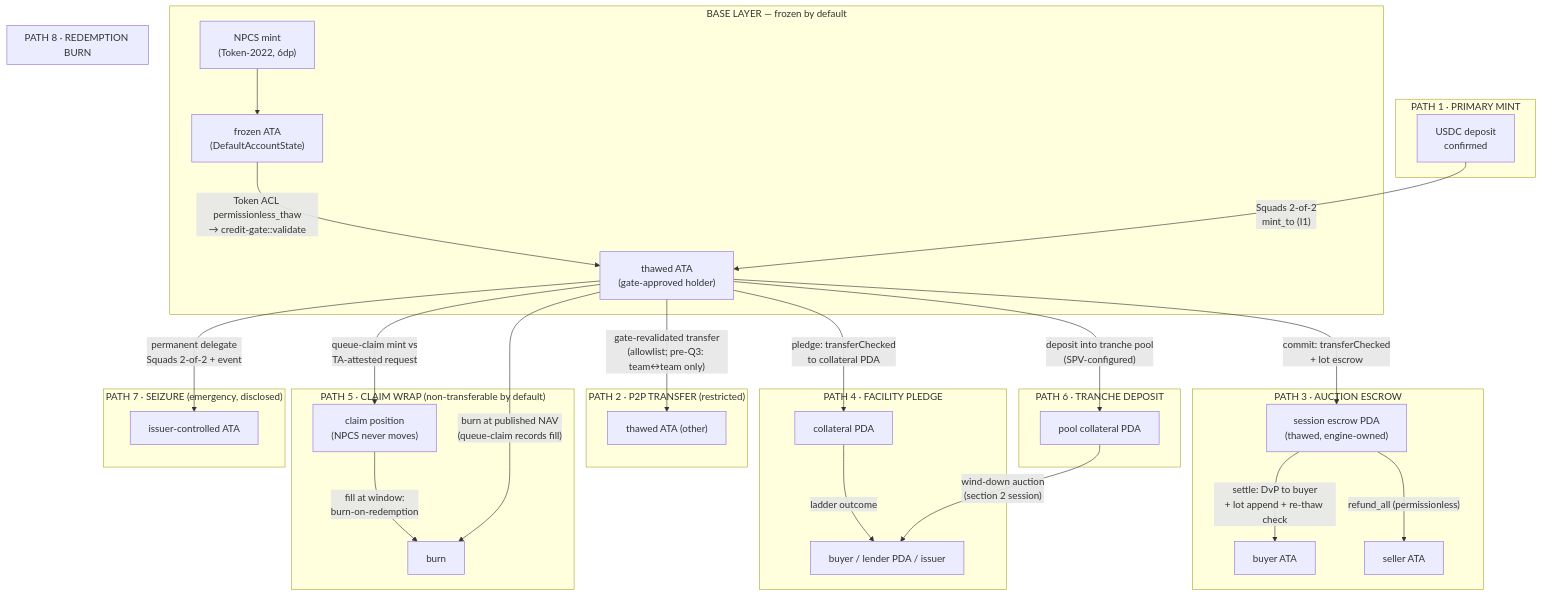
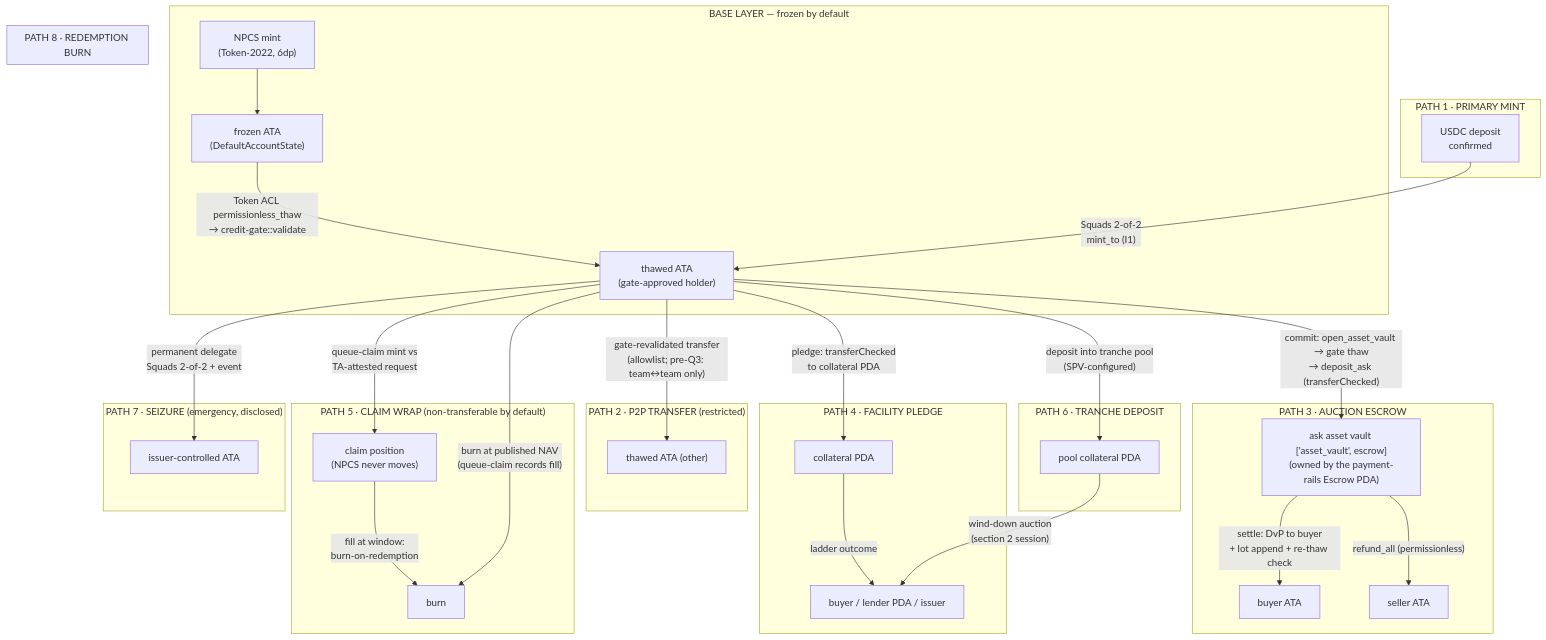
The first of 2 diagrams in preresearch/architecture/09-NPCS-Asset-Spec.md (Srizdebnath/nundina), drawn with Mermaid before and after one commit. The commit also changed other lines of this file and 7 other files, not shown here.

````diff
--- a/preresearch/architecture/09-NPCS-Asset-Spec.md
+++ b/preresearch/architecture/09-NPCS-Asset-Spec.md
@@ -110,47 +112,47 @@
 ```mermaid
 flowchart TB
     subgraph BASE["BASE LAYER — frozen by default"]
         MINT["NPCS mint<br/>(Token-2022, 6dp)"]
         FROZEN["frozen ATA<br/>(DefaultAccountState)"]
         THAWED["thawed ATA<br/>(gate-approved holder)"]
         MINT --> FROZEN
         FROZEN -->|"Token ACL permissionless_thaw<br/>→ credit-gate::validate"| THAWED
     end
 
     subgraph P1["PATH 1 · PRIMARY MINT"]
         DEP["USDC deposit<br/>confirmed"] -->|"Squads 2-of-2<br/>mint_to (I1)"| THAWED
     end
 
     subgraph P2["PATH 2 · P2P TRANSFER (restricted)"]
         THAWED -->|"gate-revalidated transfer<br/>(allowlist; pre-Q3: team↔team only)"| THAWED2["thawed ATA (other)"]
     end
 
     subgraph P3["PATH 3 · AUCTION ESCROW"]
-        THAWED -->|"commit: transferChecked<br/>+ lot escrow"| ESCROW["session escrow PDA<br/>(thawed, engine-owned)"]
+        THAWED -->|"commit: open_asset_vault → gate thaw<br/>→ deposit_ask (transferChecked)"| ESCROW["ask asset vault ['asset_vault', escrow]<br/>(owned by the payment-rails Escrow PDA)"]
         ESCROW -->|"settle: DvP to buyer<br/>+ lot append + re-thaw check"| BUYER["buyer ATA"]
         ESCROW -->|"refund_all (permissionless)"| SELLER["seller ATA"]
     end
 
     subgraph P4["PATH 4 · FACILITY PLEDGE"]
         THAWED -->|"pledge: transferChecked<br/>to collateral PDA"| COLL["collateral PDA"]
         COLL -->|"ladder outcome"| OUT["buyer / lender PDA / issuer"]
     end
 
     subgraph P5["PATH 5 · CLAIM WRAP (non-transferable by default)"]
         THAWED -->|"queue-claim mint vs<br/>TA-attested request"| CLAIM["claim position<br/>(NPCS never moves)"]
         CLAIM -->|"fill at window:<br/>burn-on-redemption"| BURN["burn"]
     end
 
     subgraph P6["PATH 6 · TRANCHE DEPOSIT"]
         THAWED -->|"deposit into tranche pool<br/>(SPV-configured)"| POOL["pool collateral PDA"]
         POOL -->|"wind-down auction<br/>(section 2 session)"| OUT
     end
 
     subgraph P7["PATH 7 · SEIZURE (emergency, disclosed)"]
         THAWED -->|"permanent delegate<br/>Squads 2-of-2 + event"| SEIZED["issuer-controlled ATA"]
     end
 
     subgraph P8["PATH 8 · REDEMPTION BURN"]
         THAWED -->|"burn at published NAV<br/>(queue-claim records fill)"| BURN
     end
 ```
````
